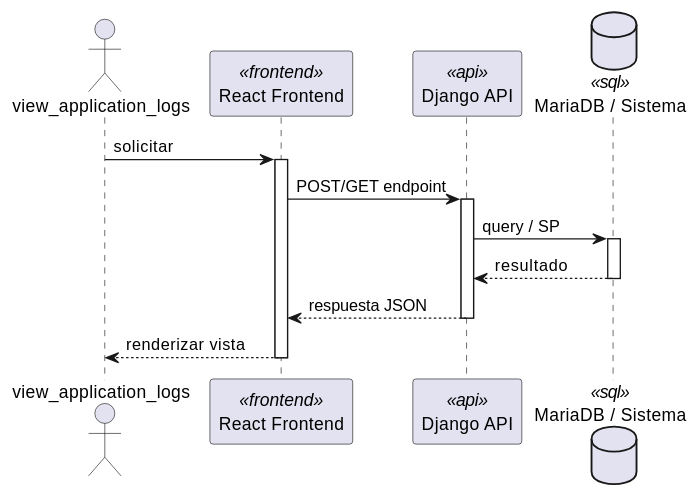
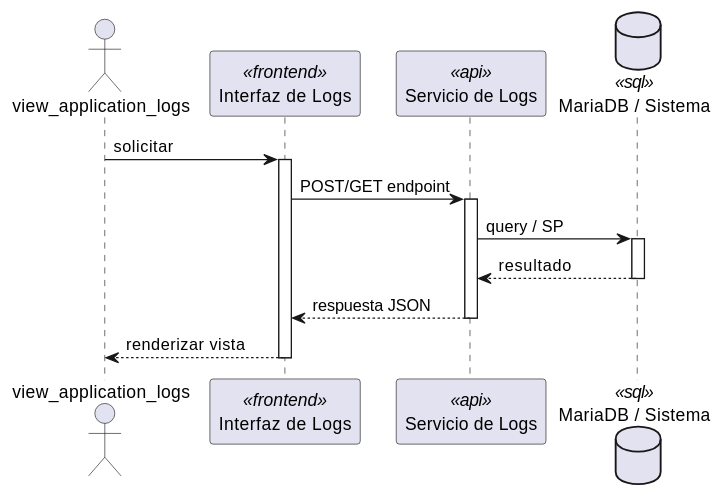
The first of 2 diagrams in source/arquitectura-tecnica/DesignView/log-01.rst (jcg-admin/IACT-docs), drawn with PlantUML before and after one commit. The commit also changed other lines of this file and 243 other files, not shown here.

First line of the commit message:
Add missing diagrams and fix participant names across Kruchten views

```diff
--- a/source/arquitectura-tecnica/DesignView/log-01.rst
+++ b/source/arquitectura-tecnica/DesignView/log-01.rst
@@ -22,28 +22,28 @@
 .. uml::
  :caption: UC_LOG_01 — Design View (secuencia)
 
  @startuml
 
  actor "view_application_logs" as view_application_logs
- participant "React Frontend" as Frontend <<frontend>>
- participant "Django API" as APIServer <<api>>
- database "MariaDB / Sistema" as BaseDatos <<sql>>
+ participant "Interfaz de Logs" as Iface <<frontend>>
+ participant "Servicio de Logs" as SvcNode <<api>>
+ database "MariaDB / Sistema" as Store <<sql>>
 
- view_application_logs -> Frontend : solicitar
- activate Frontend
+ view_application_logs -> Iface : solicitar
+ activate Iface
 
- Frontend -> APIServer : POST/GET endpoint
- activate APIServer
+ Iface -> SvcNode : POST/GET endpoint
+ activate SvcNode
 
- APIServer -> BaseDatos : query / SP
- activate BaseDatos
- BaseDatos --> APIServer : resultado
- deactivate BaseDatos
+ SvcNode -> Store : query / SP
+ activate Store
+ Store --> SvcNode : resultado
+ deactivate Store
 
- APIServer --> Frontend : respuesta JSON
- deactivate APIServer
+ SvcNode --> Iface : respuesta JSON
+ deactivate SvcNode
 
- Frontend --> view_application_logs : renderizar vista
- deactivate Frontend
+ Iface --> view_application_logs : renderizar vista
+ deactivate Iface
 
  @enduml
```
